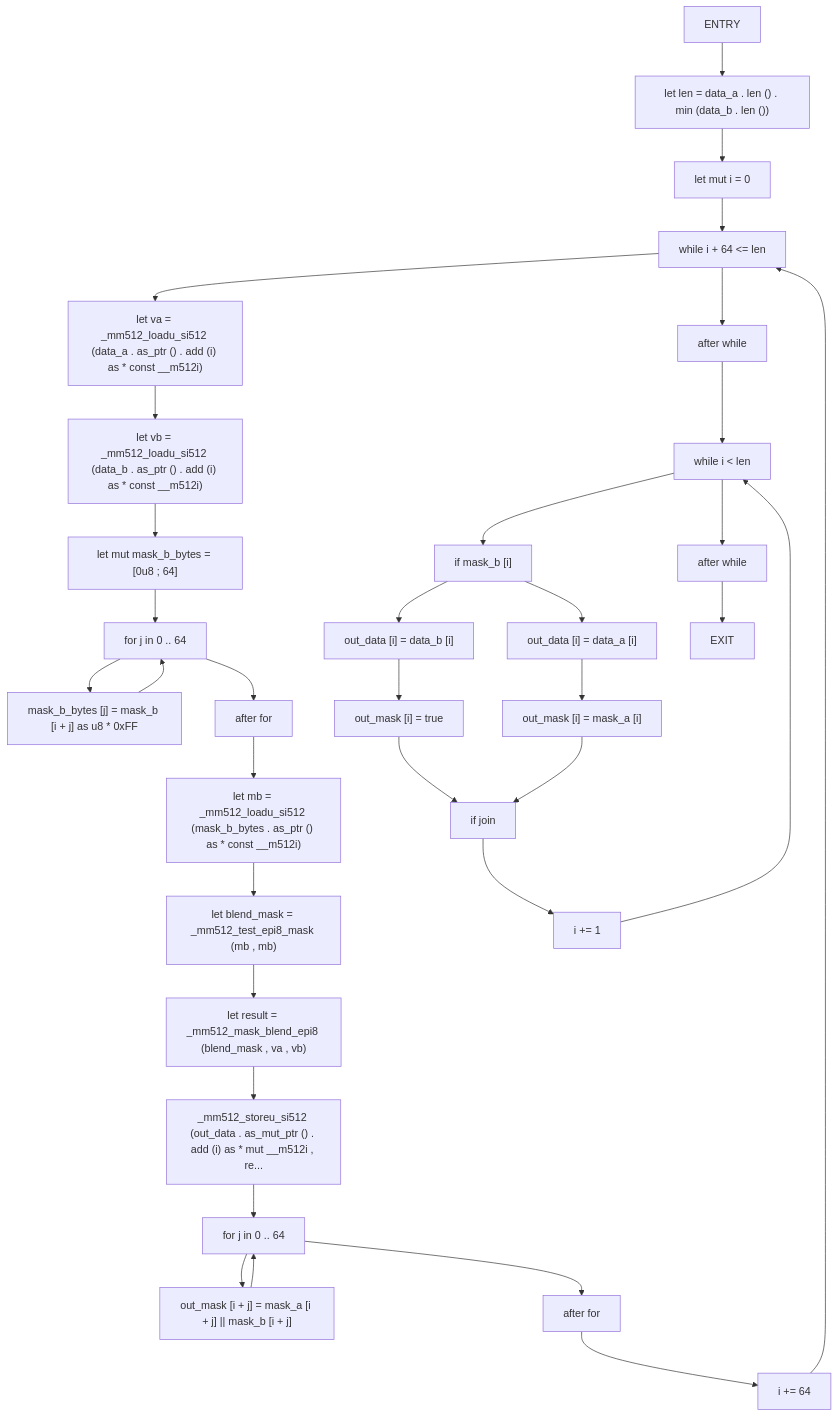
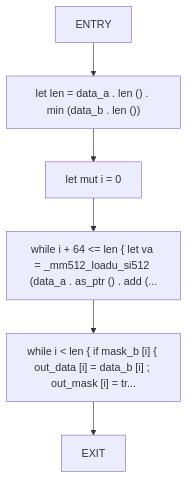
One commit to cicero-violate/MMSB changed diagram 19 of 40 in docs/analysis/cfg/010-src-01_page.md. Above: the diagram before and after it, drawn with Mermaid. The commit also changed other lines of this file and 865 other files, not shown here.

````diff
--- a/docs/analysis/cfg/010-src-01_page.md
+++ b/docs/analysis/cfg/010-src-01_page.md
@@ -779,65 +538,14 @@
 ```mermaid
 flowchart TD
     merge_dense_avx512_0["ENTRY"]
     merge_dense_avx512_1["let len = data_a . len () . min (data_b . len ())"]
     merge_dense_avx512_2["let mut i = 0"]
-    merge_dense_avx512_3["while i + 64 <= len"]
-    merge_dense_avx512_4["let va = _mm512_loadu_si512 (data_a . as_ptr () . add (i) as * const __m512i)"]
-    merge_dense_avx512_5["let vb = _mm512_loadu_si512 (data_b . as_ptr () . add (i) as * const __m512i)"]
-    merge_dense_avx512_6["let mut mask_b_bytes = [0u8 ; 64]"]
-    merge_dense_avx512_7["for j in 0 .. 64"]
-    merge_dense_avx512_8["mask_b_bytes [j] = mask_b [i + j] as u8 * 0xFF"]
-    merge_dense_avx512_9["after for"]
-    merge_dense_avx512_10["let mb = _mm512_loadu_si512 (mask_b_bytes . as_ptr () as * const __m512i)"]
-    merge_dense_avx512_11["let blend_mask = _mm512_test_epi8_mask (mb , mb)"]
-    merge_dense_avx512_12["let result = _mm512_mask_blend_epi8 (blend_mask , va , vb)"]
-    merge_dense_avx512_13["_mm512_storeu_si512 (out_data . as_mut_ptr () . add (i) as * mut __m512i , re..."]
-    merge_dense_avx512_14["for j in 0 .. 64"]
-    merge_dense_avx512_15["out_mask [i + j] = mask_a [i + j] || mask_b [i + j]"]
-    merge_dense_avx512_16["after for"]
-    merge_dense_avx512_17["i += 64"]
-    merge_dense_avx512_18["after while"]
-    merge_dense_avx512_19["while i < len"]
-    merge_dense_avx512_20["if mask_b [i]"]
-    merge_dense_avx512_21["out_data [i] = data_b [i]"]
-    merge_dense_avx512_22["out_mask [i] = true"]
-    merge_dense_avx512_23["out_data [i] = data_a [i]"]
-    merge_dense_avx512_24["out_mask [i] = mask_a [i]"]
-    merge_dense_avx512_25["if join"]
-    merge_dense_avx512_26["i += 1"]
-    merge_dense_avx512_27["after while"]
-    merge_dense_avx512_28["EXIT"]
+    merge_dense_avx512_3["while i + 64 <= len { let va = _mm512_loadu_si512 (data_a . as_ptr () . add (..."]
+    merge_dense_avx512_4["while i < len { if mask_b [i] { out_data [i] = data_b [i] ; out_mask [i] = tr..."]
+    merge_dense_avx512_5["EXIT"]
     merge_dense_avx512_0 --> merge_dense_avx512_1
     merge_dense_avx512_1 --> merge_dense_avx512_2
     merge_dense_avx512_2 --> merge_dense_avx512_3
     merge_dense_avx512_3 --> merge_dense_avx512_4
     merge_dense_avx512_4 --> merge_dense_avx512_5
-    merge_dense_avx512_5 --> merge_dense_avx512_6
-    merge_dense_avx512_6 --> merge_dense_avx512_7
-    merge_dense_avx512_7 --> merge_dense_avx512_8
-    merge_dense_avx512_8 --> merge_dense_avx512_7
-    merge_dense_avx512_7 --> merge_dense_avx512_9
-    merge_dense_avx512_9 --> merge_dense_avx512_10
-    merge_dense_avx512_10 --> merge_dense_avx512_11
-    merge_dense_avx512_11 --> merge_dense_avx512_12
-    merge_dense_avx512_12 --> merge_dense_avx512_13
-    merge_dense_avx512_13 --> merge_dense_avx512_14
-    merge_dense_avx512_14 --> merge_dense_avx512_15
-    merge_dense_avx512_15 --> merge_dense_avx512_14
-    merge_dense_avx512_14 --> merge_dense_avx512_16
-    merge_dense_avx512_16 --> merge_dense_avx512_17
-    merge_dense_avx512_17 --> merge_dense_avx512_3
-    merge_dense_avx512_3 --> merge_dense_avx512_18
-    merge_dense_avx512_18 --> merge_dense_avx512_19
-    merge_dense_avx512_19 --> merge_dense_avx512_20
-    merge_dense_avx512_20 --> merge_dense_avx512_21
-    merge_dense_avx512_21 --> merge_dense_avx512_22
-    merge_dense_avx512_20 --> merge_dense_avx512_23
-    merge_dense_avx512_23 --> merge_dense_avx512_24
-    merge_dense_avx512_22 --> merge_dense_avx512_25
-    merge_dense_avx512_24 --> merge_dense_avx512_25
-    merge_dense_avx512_25 --> merge_dense_avx512_26
-    merge_dense_avx512_26 --> merge_dense_avx512_19
-    merge_dense_avx512_19 --> merge_dense_avx512_27
-    merge_dense_avx512_27 --> merge_dense_avx512_28
 ```
````
